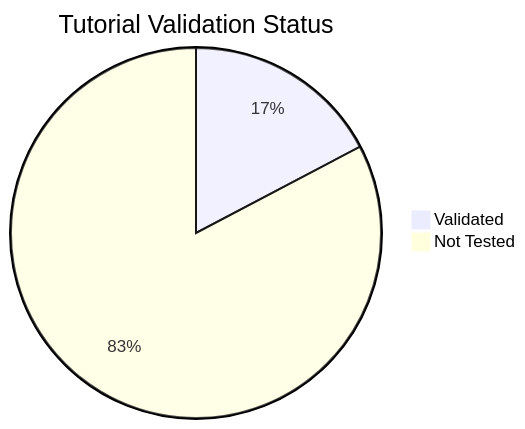
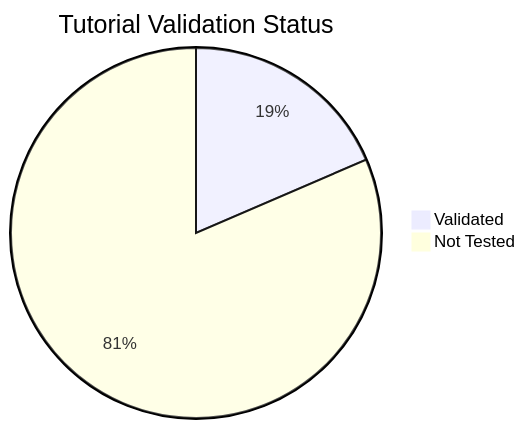
The diagram in docs/reference/validation-status.md (yeongseon/azure-container-apps-practical-guide), drawn with Mermaid before and after one commit. The commit also changed other lines of this file and 1 other file, not shown here.

````diff
--- a/docs/reference/validation-status.md
+++ b/docs/reference/validation-status.md
@@ -35,5 +35,5 @@
 ```mermaid
 pie title Tutorial Validation Status
-    "Validated" : 14
-    "Not Tested" : 67
+    "Validated" : 15
+    "Not Tested" : 66
 ```
````
